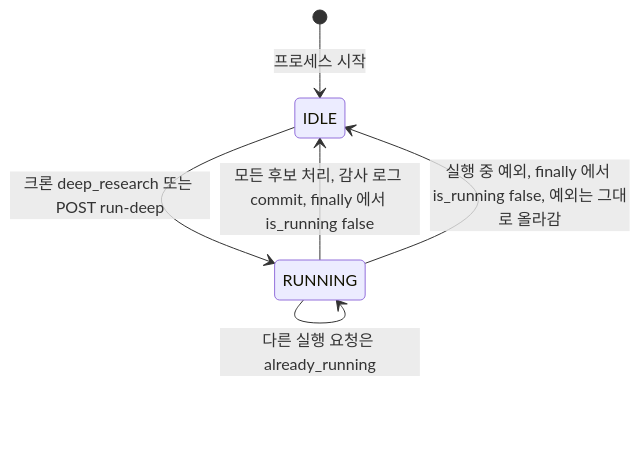
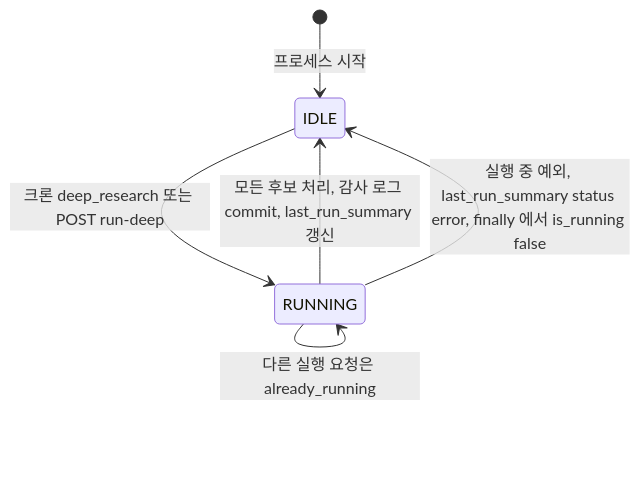
One commit to ozplayground/agent-lens changed the second of 6 diagrams in docs/spec-writer/03_POLICIES_AND_EDGES.md. Above: the diagram before and after it, drawn with Mermaid. The commit also changed other lines of this file and 216 other files, not shown here.

````diff
--- a/docs/spec-writer/03_POLICIES_AND_EDGES.md
+++ b/docs/spec-writer/03_POLICIES_AND_EDGES.md
@@ -44,8 +46,8 @@
 ```mermaid
 stateDiagram-v2
     [*] --> IDLE: 프로세스 시작
     IDLE --> RUNNING: 크론 deep_research 또는 POST run-deep
     RUNNING --> RUNNING: 다른 실행 요청은 already_running
-    RUNNING --> IDLE: 모든 후보 처리, 감사 로그 commit, finally 에서 is_running false
-    RUNNING --> IDLE: 실행 중 예외, finally 에서 is_running false, 예외는 그대로 올라감
+    RUNNING --> IDLE: 모든 후보 처리, 감사 로그 commit, last_run_summary 갱신
+    RUNNING --> IDLE: 실행 중 예외, last_run_summary status error, finally 에서 is_running false
 ```
````
